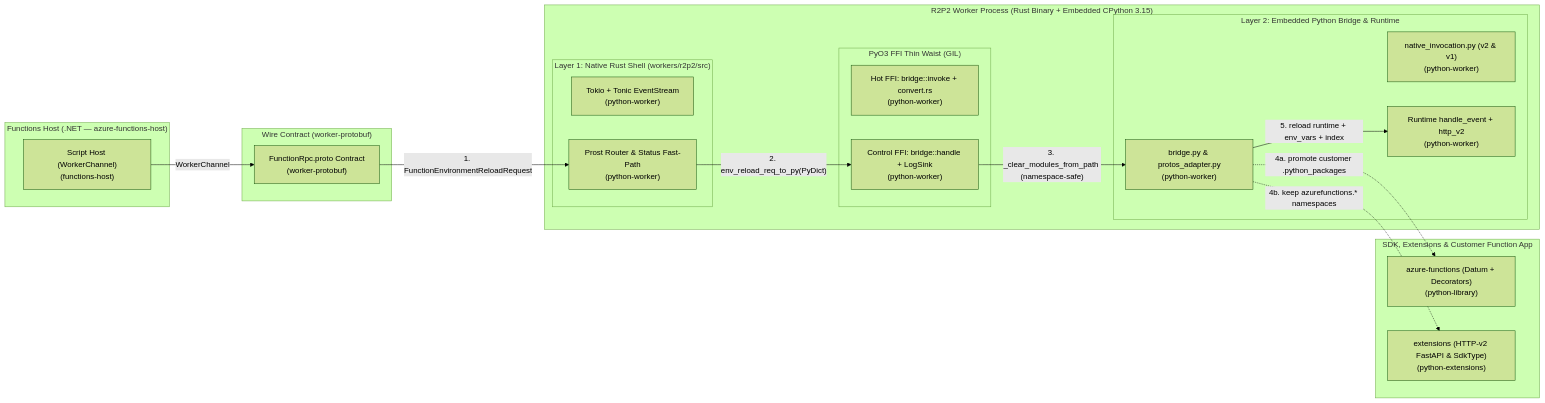
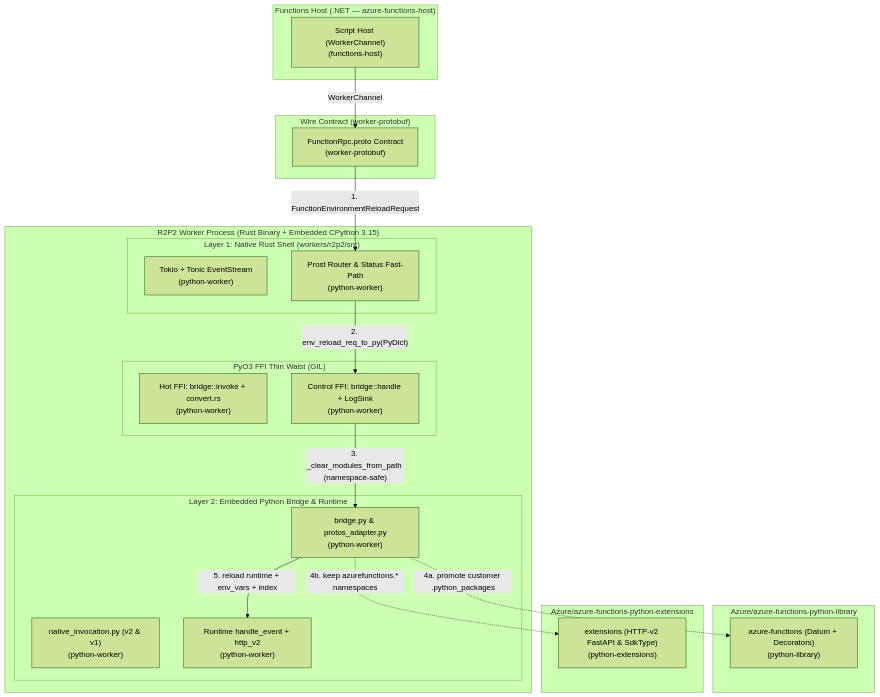
The fifth of 15 diagrams in docs/architecture/python-315-r2p2.md (Azure/azure-functions-python-worker), drawn with Mermaid (forest theme) before and after one commit. The commit also changed other lines of this file and 8 other files, not shown here.

First line of the commit message:
fix(docs): rebalance compound topology to 2D tiered layout and stack extensions below library

````diff
--- a/docs/architecture/python-315-r2p2.md
+++ b/docs/architecture/python-315-r2p2.md
@@ -237,35 +241,37 @@
 ```mermaid
-flowchart LR
+flowchart TB
   subgraph c315_host["Functions Host (.NET — azure-functions-host)"]
     n315_host["Script Host (WorkerChannel)<br/>(functions-host)"]
   end
   subgraph c315_wire["Wire Contract (worker-protobuf)"]
     n315_proto["FunctionRpc.proto Contract<br/>(worker-protobuf)"]
   end
   subgraph c315_proc["R2P2 Worker Process (Rust Binary + Embedded CPython 3.15)"]
     subgraph c315_rust["Layer 1: Native Rust Shell (workers/r2p2/src)"]
       n315_tonic["Tokio + Tonic EventStream<br/>(python-worker)"]
       n315_router["Prost Router & Status Fast-Path<br/>(python-worker)"]
     end
     subgraph c315_ffi["PyO3 FFI Thin Waist (GIL)"]
       n315_hot_ffi["Hot FFI: bridge::invoke + convert.rs<br/>(python-worker)"]
       n315_ctrl_ffi["Control FFI: bridge::handle + LogSink<br/>(python-worker)"]
     end
     subgraph c315_py["Layer 2: Embedded Python Bridge & Runtime"]
       n315_bridge_py["bridge.py & protos_adapter.py<br/>(python-worker)"]
       n315_native_py["native_invocation.py (v2 & v1)<br/>(python-worker)"]
       n315_rt["Runtime handle_event + http_v2<br/>(python-worker)"]
     end
   end
-  subgraph c315_eco["SDK, Extensions & Customer Function App"]
+  subgraph c315_lib["Azure/azure-functions-python-library"]
     n315_lib["azure-functions (Datum + Decorators)<br/>(python-library)"]
+  end
+  subgraph c315_ext["Azure/azure-functions-python-extensions"]
     n315_ext["extensions (HTTP-v2 FastAPI & SdkType)<br/>(python-extensions)"]
   end
   n315_host -->|"WorkerChannel"| n315_proto
   n315_proto -->|"1. FunctionEnvironmentReloadRequest"| n315_router
   n315_router -->|"2. env_reload_req_to_py(PyDict)"| n315_ctrl_ffi
   n315_ctrl_ffi -->|"3. _clear_modules_from_path (namespace-safe)"| n315_bridge_py
   n315_bridge_py -.->|"4a. promote customer .python_packages"| n315_lib
   n315_bridge_py -.->|"4b. keep azurefunctions.* namespaces"| n315_ext
   n315_bridge_py -->|"5. reload runtime + env_vars + index"| n315_rt
 ```
````
